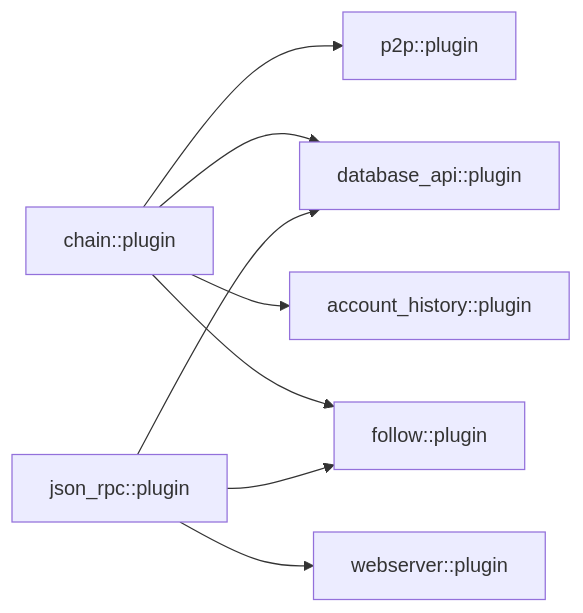
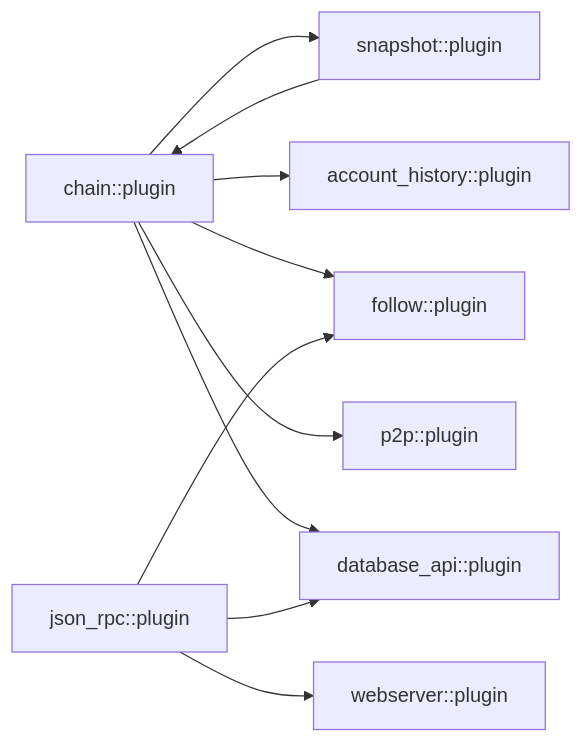
Before and after one commit to VIZ-Blockchain/viz-cpp-node: diagram 13 of 14 in .qoder/repowiki/en/content/Architecture Overview/Plugin Architecture/Plugin Architecture.md, drawn with Mermaid. The commit also changed other lines of this file and 9 other files, not shown here.

First line of the commit message:
feat(chain): add snapshot loading and DLT mode support

````diff
--- a/.qoder/repowiki/en/content/Architecture Overview/Plugin Architecture/Plugin Architecture.md
+++ b/.qoder/repowiki/en/content/Architecture Overview/Plugin Architecture/Plugin Architecture.md
@@ -400,10 +637,12 @@
 ```mermaid
 graph LR
 CHAIN["chain::plugin"] --> P2P["p2p::plugin"]
 CHAIN --> DBAPI["database_api::plugin"]
 CHAIN --> AH["account_history::plugin"]
 CHAIN --> FOLLOW["follow::plugin"]
+CHAIN --> SNAPSHOT["snapshot::plugin"]
 JSONRPC["json_rpc::plugin"] --> WS["webserver::plugin"]
 JSONRPC --> DBAPI
 JSONRPC --> FOLLOW
+SNAPSHOT --> CHAIN
 ```
````
